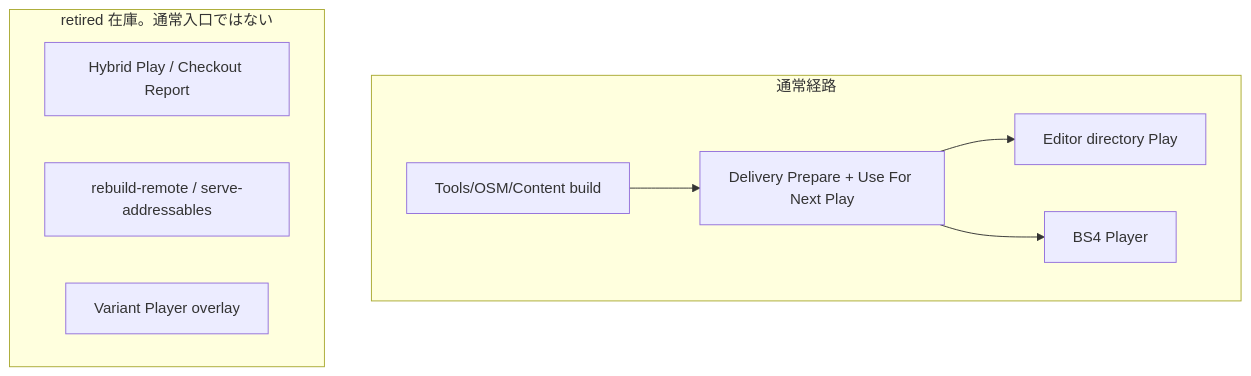
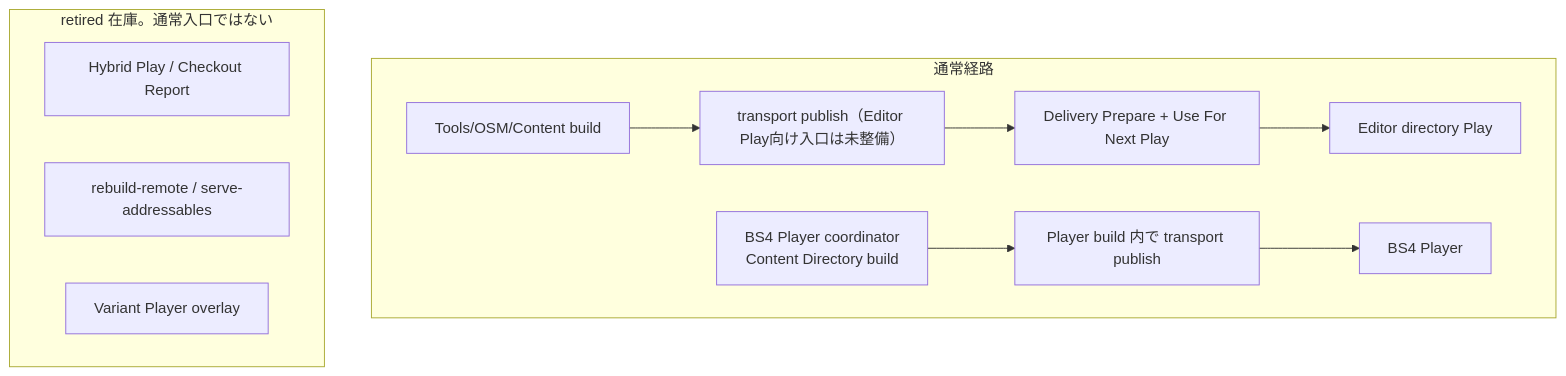
The diagram in unity/Assets/Docs/Architecture/20-variant-checkout-workflow.md (TetsujiAoyagi/SampleGameForOneStarMakerFramework), drawn with Mermaid before and after one commit. The commit also changed other lines of this file and 10 other files, not shown here.

````diff
--- a/unity/Assets/Docs/Architecture/20-variant-checkout-workflow.md
+++ b/unity/Assets/Docs/Architecture/20-variant-checkout-workflow.md
@@ -57,18 +58,21 @@
 ```mermaid
 flowchart TB
     subgraph usual ["通常経路"]
         contentBuild["Tools/OSM/Content build"]
+        publish["transport publish（Editor Play向け入口は未整備）"]
         delivery["Delivery Prepare + Use For Next Play"]
         dirPlay["Editor directory Play"]
+        contentBuild --> publish --> delivery
+        delivery --> dirPlay
+        bs4Build["BS4 Player coordinator<br/>Content Directory build"]
+        bs4Publish["Player build 内で transport publish"]
         bs4["BS4 Player"]
-        contentBuild --> delivery
-        delivery --> dirPlay
-        delivery --> bs4
+        bs4Build --> bs4Publish --> bs4
     end
 
     subgraph retired ["retired 在庫。通常入口ではない"]
         hybrid["Hybrid Play / Checkout Report"]
         remote["rebuild-remote / serve-addressables"]
         overlay["Variant Player overlay"]
     end
 ```
````
